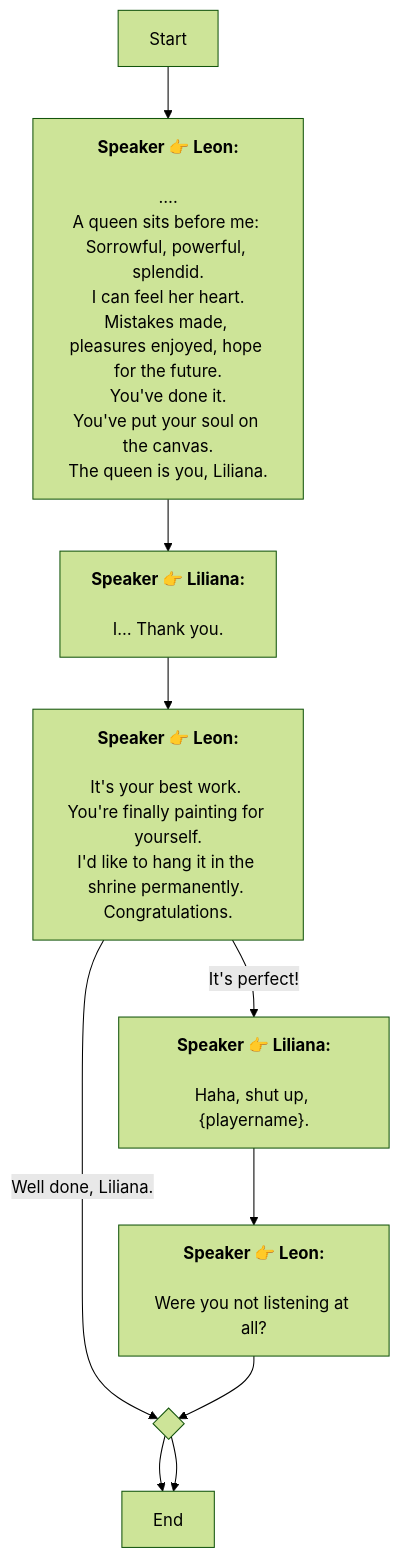
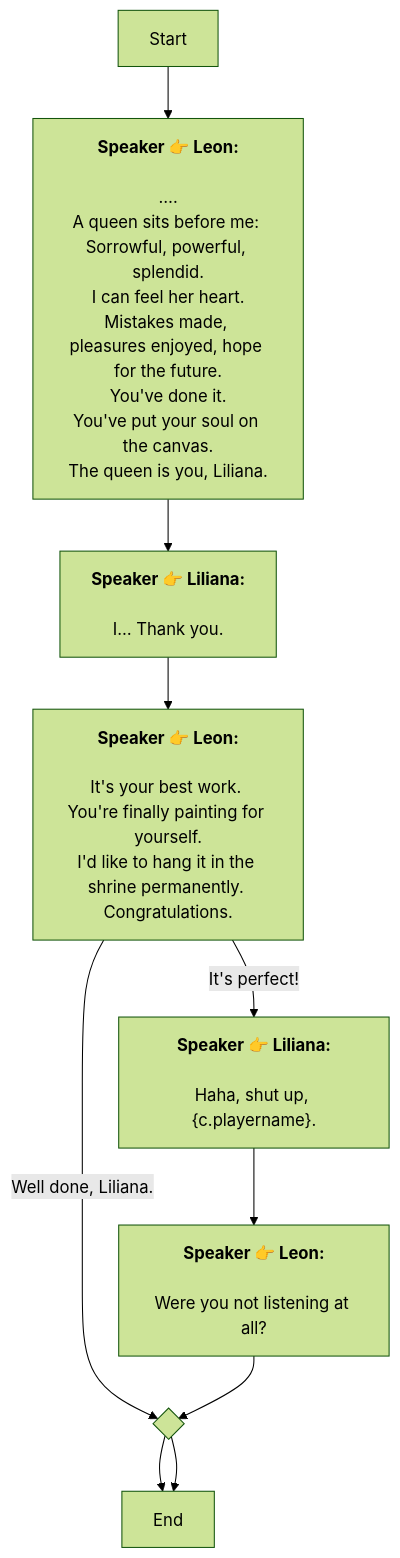
Before and after one commit to SoftHu/tos_avg: the diagram in En/heart_4_2_4_9.md, drawn with Mermaid (forest theme). The commit also changed 410 other files, not shown here.

````diff
--- a/En/heart_4_2_4_9.md
+++ b/En/heart_4_2_4_9.md
@@ -1,25 +1,24 @@
 ```mermaid
 graph
 Start -->1768792328505231[<b>Speaker 👉 Leon:</b>
 \n….
 A queen sits before me: Sorrowful, powerful, splendid.
 I can feel her heart.\nMistakes made, pleasures enjoyed, hope for the future.\nYou've done it.
 You've put your soul on the canvas.
 The queen is you, Liliana.]
 1768792328505231 -->1768792455003024[<b>Speaker 👉 Liliana:</b>
 \nI… Thank you.]
 1768792455003024 -->1768792464139153[<b>Speaker 👉 Leon:</b>
 \nIt's your best work. 
 You're finally painting for yourself.\nI'd like to hang it in the shrine permanently. 
-Congratulations.
-]
+Congratulations.]
 1768792464139153 -->|It's perfect!|1768792520710041[<b>Speaker 👉 Liliana:</b>
-\nHaha, shut up, &lbrace;playername&rbrace;.]
+\nHaha, shut up, &lbrace;c.playername&rbrace;.]
 1768792464139153 -->|Well done, Liliana.|1769070343010330[ ]
 1769070343010330 -->1768792549674906[End]
 1769070343010330 -->1768792549674906[End]
 1768792520710041 -->1768792553789339[<b>Speaker 👉 Leon:</b>
 \nWere you not listening at all?]
 1768792553789339 -->1769070343010330{ }
 
 ```
````
